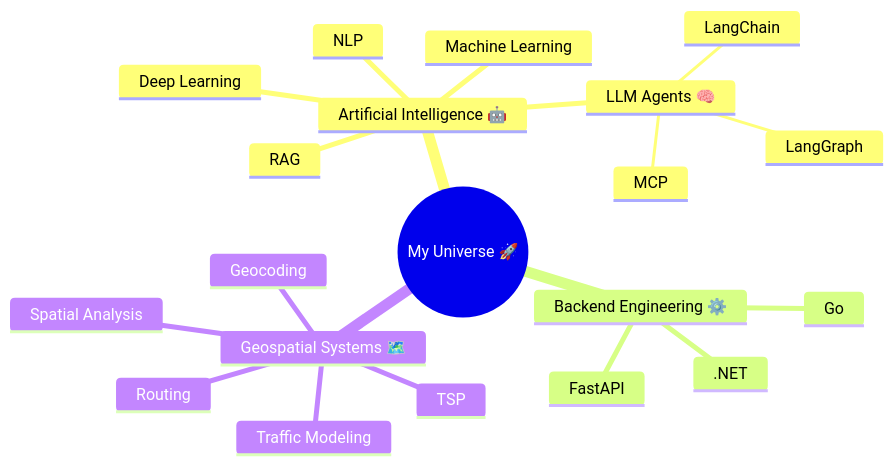
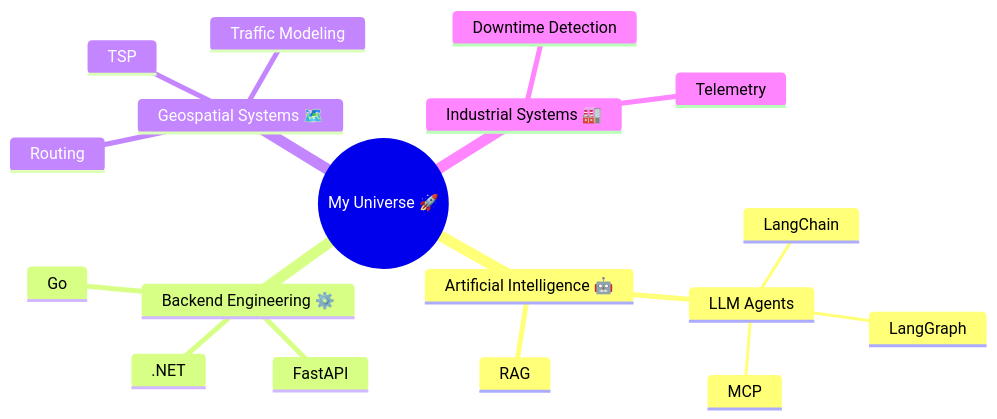
One commit to Amir-Hossein-shamsi/Amir-Hossein-shamsi changed the second of 2 diagrams in README.md. Above: the diagram before and after it, drawn with Mermaid. The commit also changed other lines of this file, not shown here.

````diff
--- a/README.md
+++ b/README.md
@@ -132,23 +106,21 @@
 ```mermaid
 mindmap
   root((My Universe 🚀))
     Artificial Intelligence 🤖
-      Machine Learning
-      Deep Learning
-      NLP
       RAG
-      LLM Agents 🧠
+      LLM Agents
         LangChain
         LangGraph
         MCP
     Backend Engineering ⚙️
+      Go
       FastAPI
       .NET
-      Go
     Geospatial Systems 🗺️
-      Geocoding
       Routing
       TSP
       Traffic Modeling
-      Spatial Analysis
+    Industrial Systems 🏭
+      Telemetry
+      Downtime Detection
 ```
````
